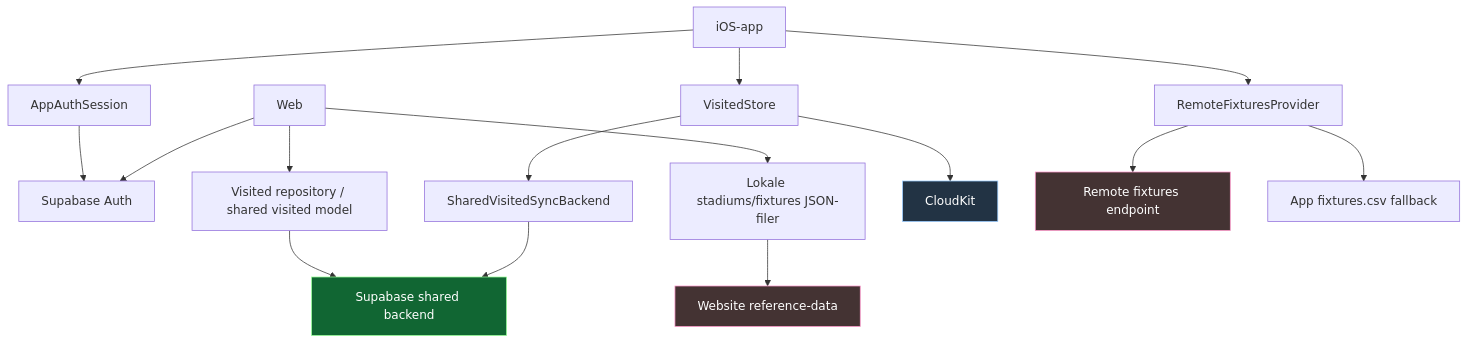
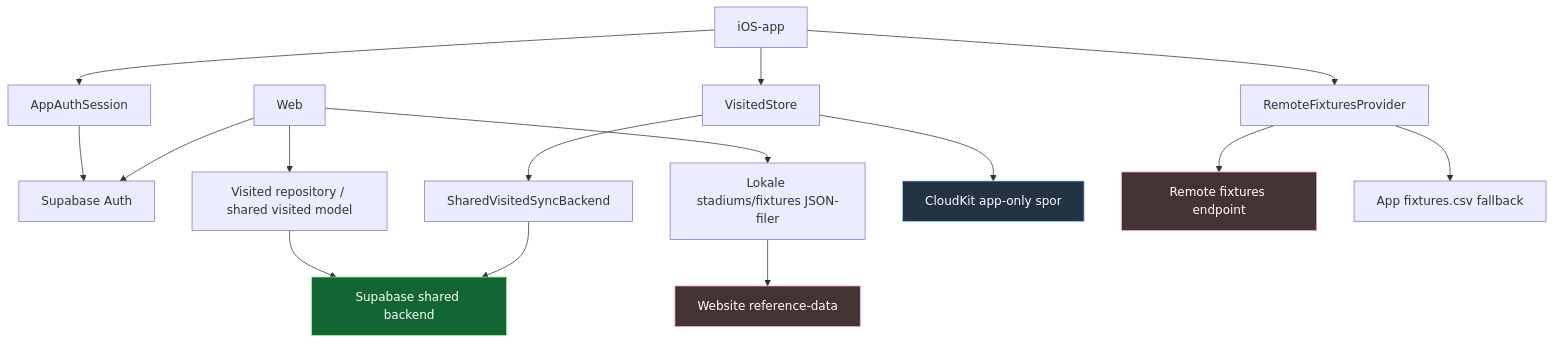
One commit to MartinToudal/tribunetour_app changed the diagram in Tribunetour/Tribunetour_docs/docs/INTEGRATION_STATUS.md. Above: the diagram before and after it, drawn with Mermaid. The commit also changed other lines of this file and 5 other files, not shown here.

````diff
--- a/Tribunetour/Tribunetour_docs/docs/INTEGRATION_STATUS.md
+++ b/Tribunetour/Tribunetour_docs/docs/INTEGRATION_STATUS.md
@@ -43,26 +43,26 @@
 ```mermaid
 flowchart TD
     A[iOS-app] --> B[AppAuthSession]
     A --> C[VisitedStore]
     A --> D[RemoteFixturesProvider]
 
     W[Web] --> E[Supabase Auth]
     W --> F[Visited repository / shared visited model]
     W --> G[Lokale stadiums/fixtures JSON-filer]
 
     B --> E
     C --> H[SharedVisitedSyncBackend]
-    C --> I[CloudKit]
+    C --> I[CloudKit app-only spor]
     H --> J[Supabase shared backend]
     F --> J
 
     D --> K[Remote fixtures endpoint]
     D --> L[App fixtures.csv fallback]
 
     G --> M[Website reference-data]
 
     style J fill:#163,stroke:#9f9,color:#fff
     style I fill:#234,stroke:#9cf,color:#fff
     style K fill:#433,stroke:#f9c,color:#fff
     style M fill:#433,stroke:#f9c,color:#fff
 ```
````
